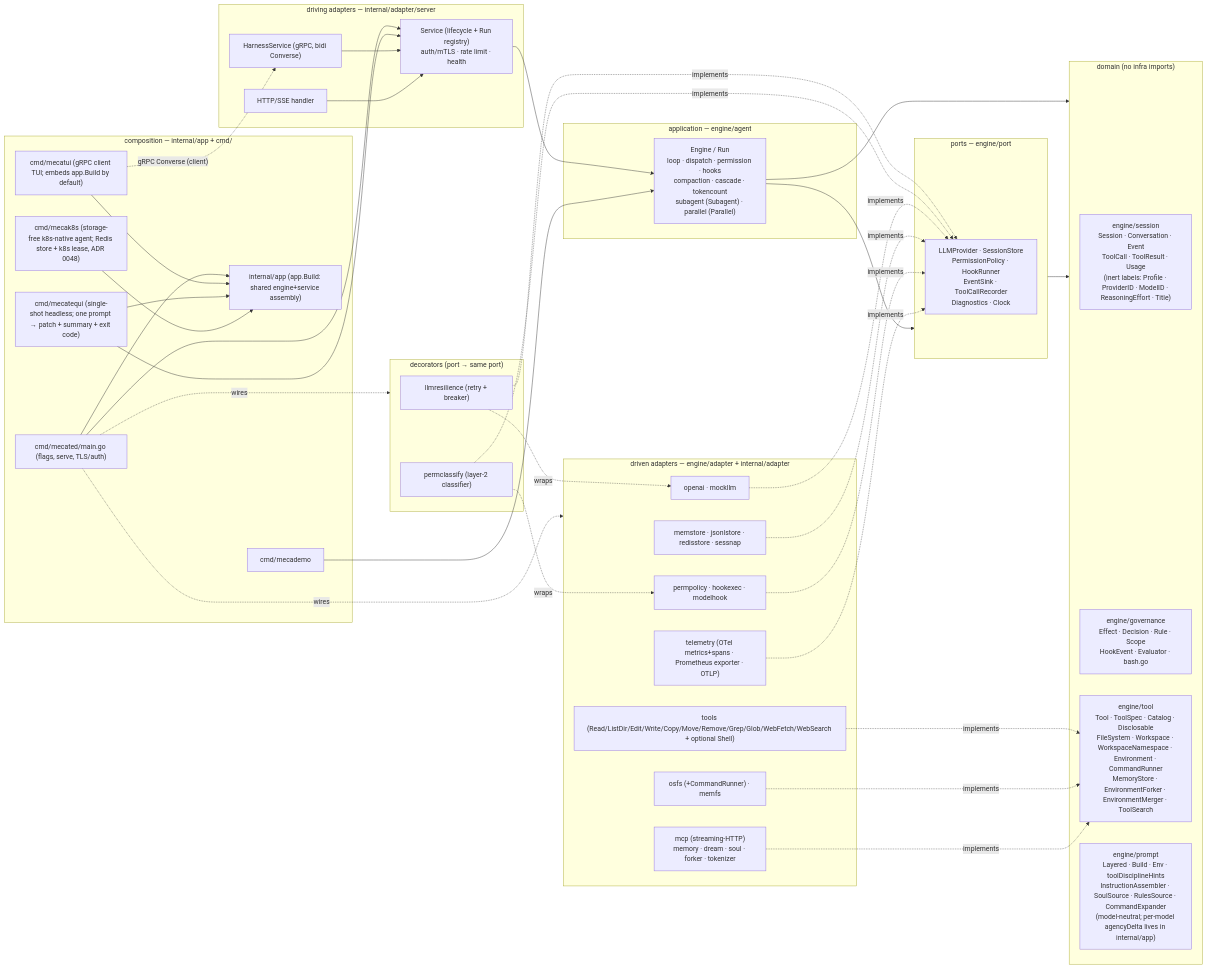
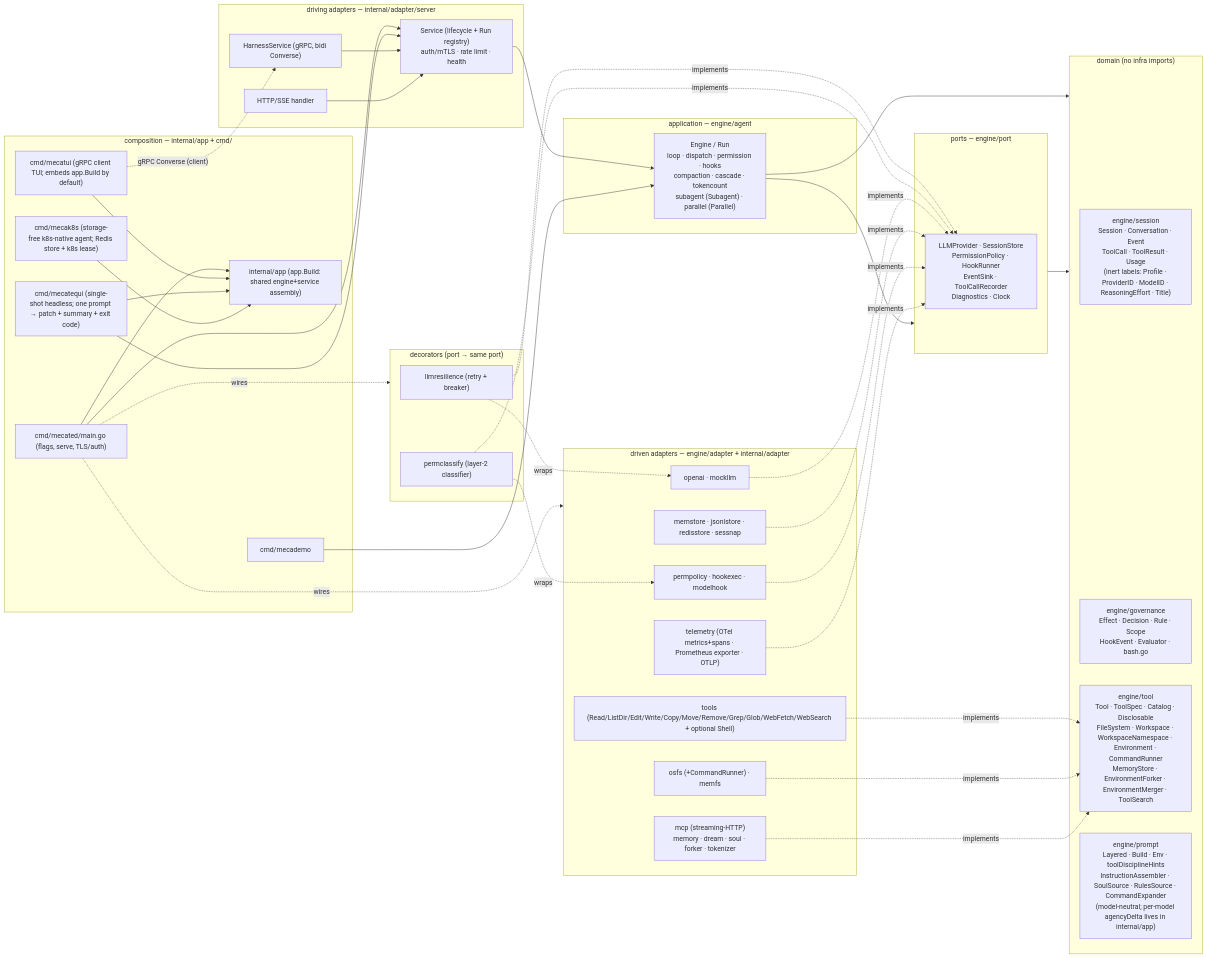
The diagram in docs/architecture.md (stacklok/mecatl), drawn with Mermaid before and after one commit. The commit also changed other lines of this file and 42 other files, not shown here.

First line of the commit message:
docs: explain architecture in place of deleted ADR citations

````diff
--- a/docs/architecture.md
+++ b/docs/architecture.md
@@ -833,74 +816,74 @@
 ```mermaid
 flowchart LR
   subgraph CMD["composition — internal/app + cmd/"]
     app["internal/app (app.Build: shared engine+service assembly)"]
     mecated["cmd/mecated/main.go (flags, serve, TLS/auth)"]
     demo["cmd/mecademo"]
     tui["cmd/mecatui (gRPC client TUI; embeds app.Build by default)"]
     mq["cmd/mecatequi (single-shot headless; one prompt → patch + summary + exit code)"]
-    k8s["cmd/mecak8s (storage-free k8s-native agent; Redis store + k8s lease, ADR 0048)"]
+    k8s["cmd/mecak8s (storage-free k8s-native agent; Redis store + k8s lease)"]
     mecated --> app
     tui --> app
     mq --> app
     k8s --> app
   end
 
   subgraph DRIVING["driving adapters — internal/adapter/server"]
     grpc["HarnessService (gRPC, bidi Converse)"]
     http["HTTP/SSE handler"]
     svc["Service (lifecycle + Run registry)\nauth/mTLS · rate limit · health"]
   end
 
   subgraph APP["application — engine/agent"]
     engine["Engine / Run\nloop · dispatch · permission · hooks\ncompaction · cascade · tokencount\nsubagent (Subagent) · parallel (Parallel)"]
   end
 
   subgraph PORTS["ports — engine/port"]
     p["LLMProvider · SessionStore\nPermissionPolicy · HookRunner\nEventSink · ToolCallRecorder\nDiagnostics · Clock"]
   end
 
   subgraph DOMAIN["domain (no infra imports)"]
     sess["engine/session\nSession · Conversation · Event\nToolCall · ToolResult · Usage\n(inert labels: Profile · ProviderID · ModelID · ReasoningEffort · Title)"]
     gov["engine/governance\nEffect · Decision · Rule · Scope\nHookEvent · Evaluator · bash.go"]
     tl["engine/tool\nTool · ToolSpec · Catalog · Disclosable\nFileSystem · Workspace · WorkspaceNamespace · Environment · CommandRunner\nMemoryStore · EnvironmentForker · EnvironmentMerger · ToolSearch"]
     pr["engine/prompt\nLayered · Build · Env · toolDisciplineHints\nInstructionAssembler · SoulSource · RulesSource · CommandExpander\n(model-neutral; per-model agencyDelta lives in internal/app)"]
   end
 
   subgraph DECOR["decorators (port → same port)"]
     res["llmresilience (retry + breaker)"]
     pc["permclassify (layer-2 classifier)"]
   end
 
   subgraph DRIVEN["driven adapters — engine/adapter + internal/adapter"]
     oai["openai · mockllm"]
     fs["osfs (+CommandRunner) · memfs"]
     st["memstore · jsonlstore · redisstore · sessnap"]
     tools["tools (Read/ListDir/Edit/Write/Copy/Move/Remove/Grep/Glob/WebFetch/WebSearch + optional Shell)"]
     pp["permpolicy · hookexec · modelhook"]
     tel["telemetry (OTel metrics+spans · Prometheus exporter · OTLP)"]
     ext["mcp (streaming-HTTP)\nmemory · dream · soul · forker · tokenizer"]
   end
 
   mecated --> svc --> engine
   demo --> engine
   mq --> svc
   tui -. "gRPC Converse (client)" .-> grpc
   grpc --> svc
   http --> svc
   engine --> PORTS
   engine --> DOMAIN
   PORTS --> DOMAIN
   res -.wraps.-> oai
   res -.implements.-> p
   pc -.wraps.-> pp
   pc -.implements.-> p
   oai -.implements.-> p
   st -.implements.-> p
   pp -.implements.-> p
   tel -.implements.-> p
   tools -.implements.-> tl
   fs -.implements.-> tl
   ext -.implements.-> tl
   mecated -. wires .-> DRIVEN
   mecated -. wires .-> DECOR
 ```
````
